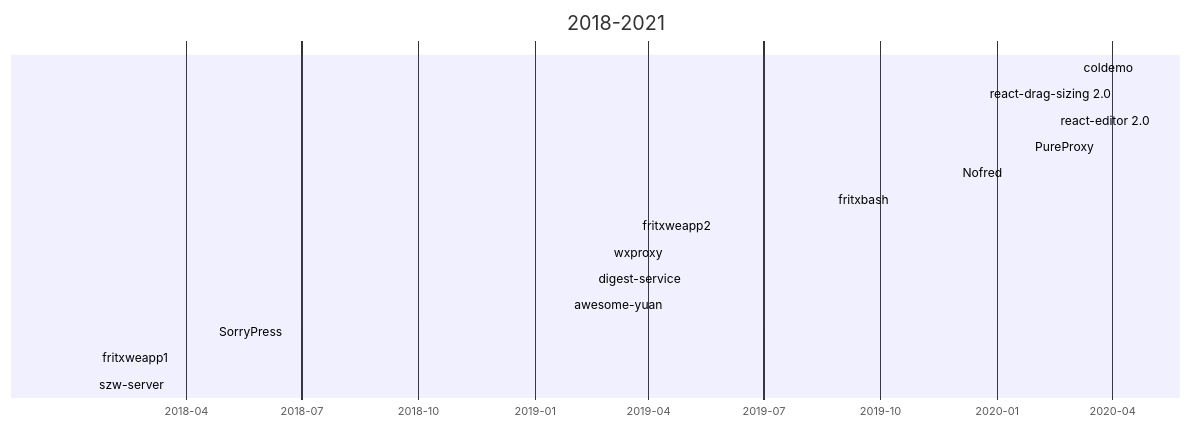
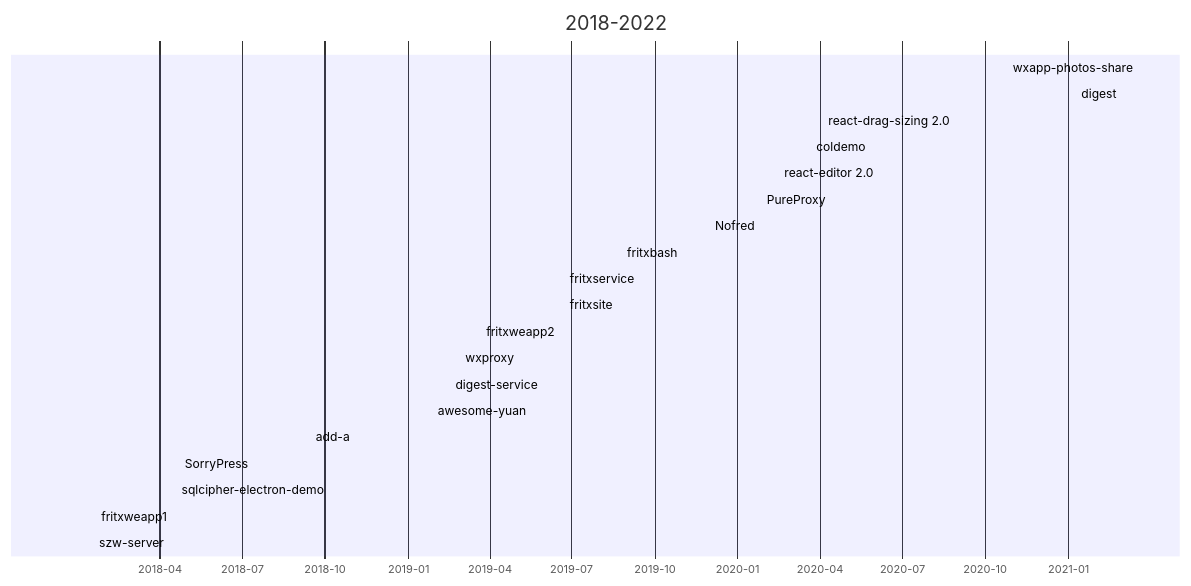
One commit to fritx/silent changed the second of 5 diagrams in blog/p/projects/timeline.md. Above: the diagram before and after it, drawn with Mermaid. The commit also changed other lines of this file and 12 other files, not shown here.

````diff
--- a/blog/p/projects/timeline.md
+++ b/blog/p/projects/timeline.md
@@ -19,18 +26,24 @@
 ```mermaid
 gantt
-  title 2018-2021
+  title 2018-2022
   axisFormat  %Y-%m
-  coldemo             :2020-04-22 , 2020-06-18
+  wxapp-photos-share      :2021-03-20 , 2021-04-04
+  digest          :2021-01-10 , 2021-02-21
   react-drag-sizing 2.0      :2020-04-05 , 2020-04-06
+  coldemo               :2020-03-22 , 2020-06-18
   react-editor 2.0      :2020-02-16 , 2020-03-22
   PureProxy             :2020-01-27 , 2020-05-17
   Nofred             :2019-12-01 , 2019-12-14
   fritxbash             :2019-08-25 , 2019-12-15
+  fritxservice          :2019-06-23 , 2019-08-20
+  fritxsite             :2019-06-23 , 2019-08-20
   fritxweapp2           :2019-03-23 , 2019-08-21
   wxproxy               :2019-02-28 , 2019-04-06
   digest-service        :2019-02-16 , 2019-07-12
   awesome-yuan          :2019-01-28 , 2019-01-29
+  add-a                 :2018-09-15 , 2018-09-16
   SorryPress            :2018-04-23 , 2018-05-03
+  sqlcipher-electron-demo   :2018-04-19 , 2018-04-20
   fritxweapp1           :2018-01-21 , 2019-03-24
   szw-server            :2018-01-18 , 2019-02-23
 ```
````
